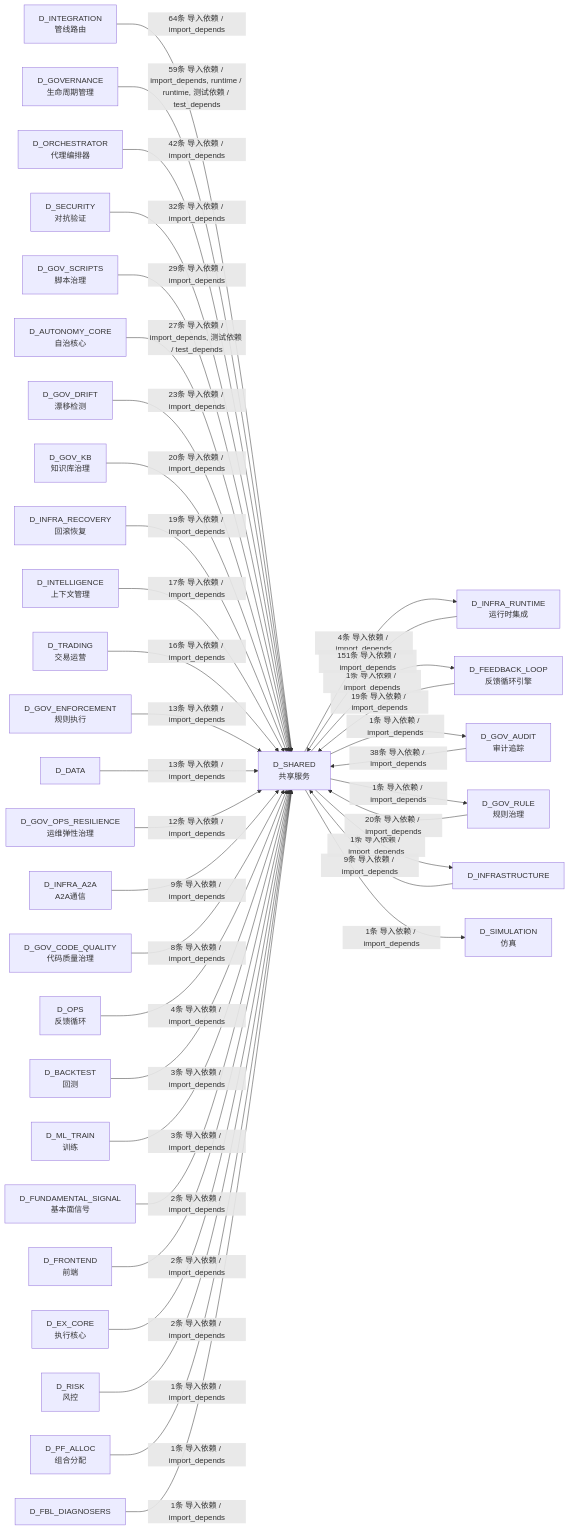
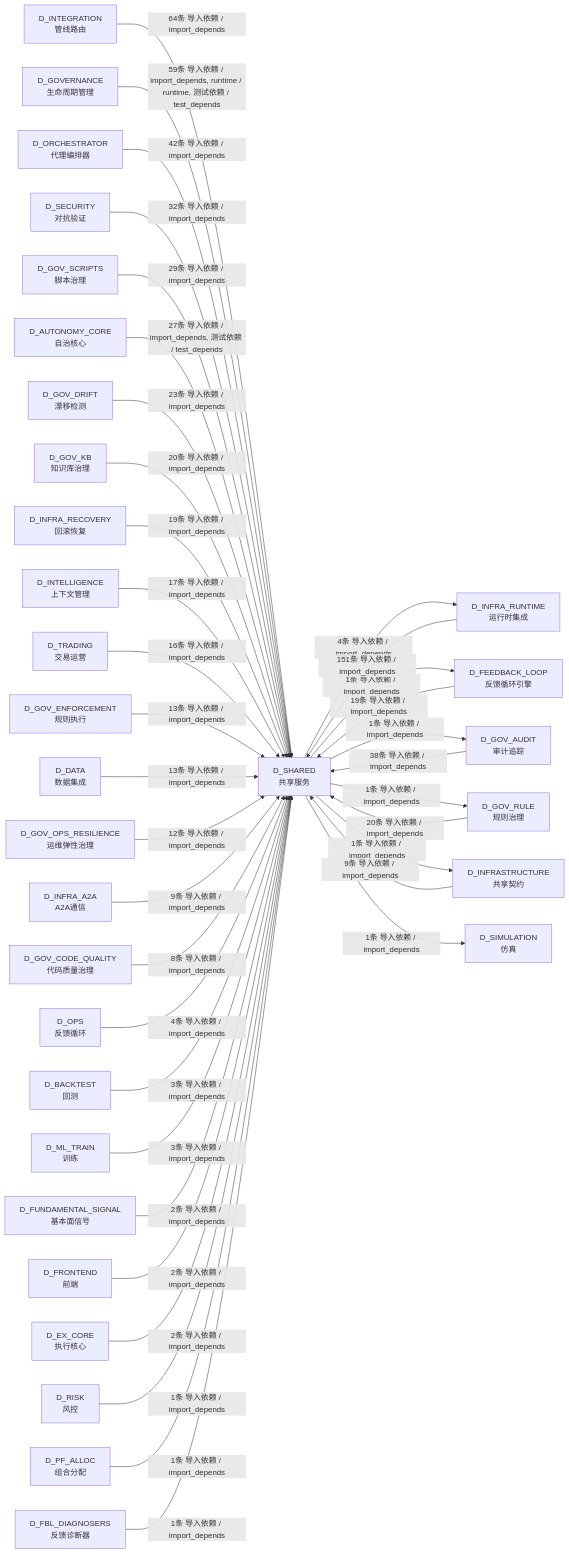
One commit to xuanFelixVan/ZephyrAlpha changed the tenth of 10 diagrams in docs/02_enterprise_architecture/02_domain_architecture_docs/26_d_shared.md. Above: the diagram before and after it, drawn with Mermaid. The commit also changed other lines of this file and 112 other files, not shown here.

````diff
--- a/docs/02_enterprise_architecture/02_domain_architecture_docs/26_d_shared.md
+++ b/docs/02_enterprise_architecture/02_domain_architecture_docs/26_d_shared.md
@@ -1759,71 +1759,71 @@
 ```mermaid
 graph LR
     D_SHARED["D_SHARED<br/>共享服务"]
     D_INFRA_RUNTIME["D_INFRA_RUNTIME<br/>运行时集成"]
     D_FEEDBACK_LOOP["D_FEEDBACK_LOOP<br/>反馈循环引擎"]
     D_GOV_AUDIT["D_GOV_AUDIT<br/>审计追踪"]
     D_GOV_RULE["D_GOV_RULE<br/>规则治理"]
-    D_INFRASTRUCTURE["D_INFRASTRUCTURE"]
+    D_INFRASTRUCTURE["D_INFRASTRUCTURE<br/>共享契约"]
     D_SIMULATION["D_SIMULATION<br/>仿真"]
     D_INTEGRATION["D_INTEGRATION<br/>管线路由"]
     D_GOVERNANCE["D_GOVERNANCE<br/>生命周期管理"]
     D_ORCHESTRATOR["D_ORCHESTRATOR<br/>代理编排器"]
     D_SECURITY["D_SECURITY<br/>对抗验证"]
     D_GOV_SCRIPTS["D_GOV_SCRIPTS<br/>脚本治理"]
     D_AUTONOMY_CORE["D_AUTONOMY_CORE<br/>自治核心"]
     D_GOV_DRIFT["D_GOV_DRIFT<br/>漂移检测"]
     D_GOV_KB["D_GOV_KB<br/>知识库治理"]
     D_INFRA_RECOVERY["D_INFRA_RECOVERY<br/>回滚恢复"]
     D_INTELLIGENCE["D_INTELLIGENCE<br/>上下文管理"]
     D_TRADING["D_TRADING<br/>交易运营"]
     D_GOV_ENFORCEMENT["D_GOV_ENFORCEMENT<br/>规则执行"]
-    D_DATA["D_DATA"]
+    D_DATA["D_DATA<br/>数据集成"]
     D_GOV_OPS_RESILIENCE["D_GOV_OPS_RESILIENCE<br/>运维弹性治理"]
     D_INFRA_A2A["D_INFRA_A2A<br/>A2A通信"]
     D_GOV_CODE_QUALITY["D_GOV_CODE_QUALITY<br/>代码质量治理"]
     D_OPS["D_OPS<br/>反馈循环"]
     D_BACKTEST["D_BACKTEST<br/>回测"]
     D_ML_TRAIN["D_ML_TRAIN<br/>训练"]
     D_FUNDAMENTAL_SIGNAL["D_FUNDAMENTAL_SIGNAL<br/>基本面信号"]
     D_FRONTEND["D_FRONTEND<br/>前端"]
     D_EX_CORE["D_EX_CORE<br/>执行核心"]
     D_RISK["D_RISK<br/>风控"]
     D_PF_ALLOC["D_PF_ALLOC<br/>组合分配"]
-    D_FBL_DIAGNOSERS["D_FBL_DIAGNOSERS"]
+    D_FBL_DIAGNOSERS["D_FBL_DIAGNOSERS<br/>反馈诊断器"]
     D_SHARED -->|4条 导入依赖 / import_depends| D_INFRA_RUNTIME
     D_SHARED -->|1条 导入依赖 / import_depends| D_FEEDBACK_LOOP
     D_SHARED -->|1条 导入依赖 / import_depends| D_GOV_AUDIT
     D_SHARED -->|1条 导入依赖 / import_depends| D_GOV_RULE
     D_SHARED -->|1条 导入依赖 / import_depends| D_INFRASTRUCTURE
     D_SHARED -->|1条 导入依赖 / import_depends| D_SIMULATION
     D_INFRA_RUNTIME -->|151条 导入依赖 / import_depends| D_SHARED
     D_INTEGRATION -->|64条 导入依赖 / import_depends| D_SHARED
     D_GOVERNANCE -->|59条 导入依赖 / import_depends, runtime / runtime, 测试依赖 / test_depends| D_SHARED
     D_ORCHESTRATOR -->|42条 导入依赖 / import_depends| D_SHARED
     D_GOV_AUDIT -->|38条 导入依赖 / import_depends| D_SHARED
     D_SECURITY -->|32条 导入依赖 / import_depends| D_SHARED
     D_GOV_SCRIPTS -->|29条 导入依赖 / import_depends| D_SHARED
     D_AUTONOMY_CORE -->|27条 导入依赖 / import_depends, 测试依赖 / test_depends| D_SHARED
     D_GOV_DRIFT -->|23条 导入依赖 / import_depends| D_SHARED
     D_GOV_RULE -->|20条 导入依赖 / import_depends| D_SHARED
     D_GOV_KB -->|20条 导入依赖 / import_depends| D_SHARED
     D_FEEDBACK_LOOP -->|19条 导入依赖 / import_depends| D_SHARED
     D_INFRA_RECOVERY -->|19条 导入依赖 / import_depends| D_SHARED
     D_INTELLIGENCE -->|17条 导入依赖 / import_depends| D_SHARED
     D_TRADING -->|16条 导入依赖 / import_depends| D_SHARED
     D_GOV_ENFORCEMENT -->|13条 导入依赖 / import_depends| D_SHARED
     D_DATA -->|13条 导入依赖 / import_depends| D_SHARED
     D_GOV_OPS_RESILIENCE -->|12条 导入依赖 / import_depends| D_SHARED
     D_INFRASTRUCTURE -->|9条 导入依赖 / import_depends| D_SHARED
     D_INFRA_A2A -->|9条 导入依赖 / import_depends| D_SHARED
     D_GOV_CODE_QUALITY -->|8条 导入依赖 / import_depends| D_SHARED
     D_OPS -->|4条 导入依赖 / import_depends| D_SHARED
     D_BACKTEST -->|3条 导入依赖 / import_depends| D_SHARED
     D_ML_TRAIN -->|3条 导入依赖 / import_depends| D_SHARED
     D_FUNDAMENTAL_SIGNAL -->|2条 导入依赖 / import_depends| D_SHARED
     D_FRONTEND -->|2条 导入依赖 / import_depends| D_SHARED
     D_EX_CORE -->|2条 导入依赖 / import_depends| D_SHARED
     D_RISK -->|1条 导入依赖 / import_depends| D_SHARED
     D_PF_ALLOC -->|1条 导入依赖 / import_depends| D_SHARED
     D_FBL_DIAGNOSERS -->|1条 导入依赖 / import_depends| D_SHARED
 ```
````
